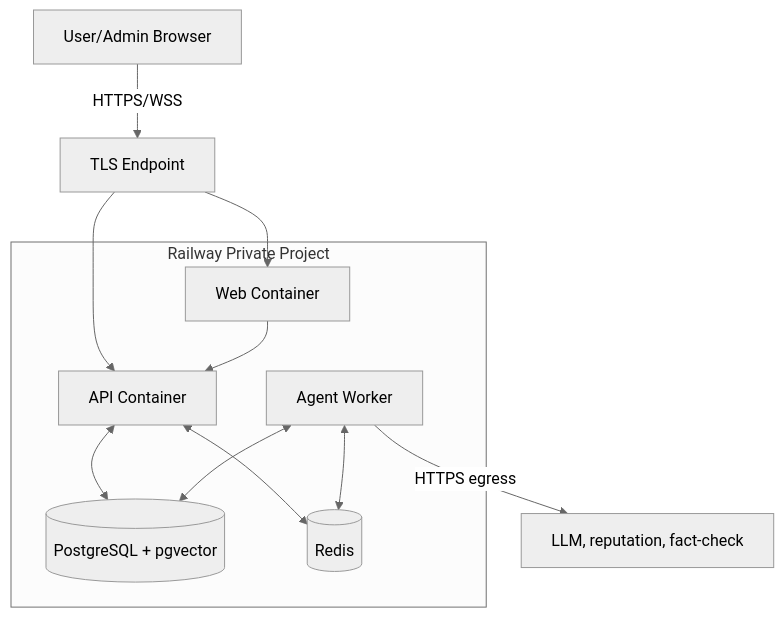
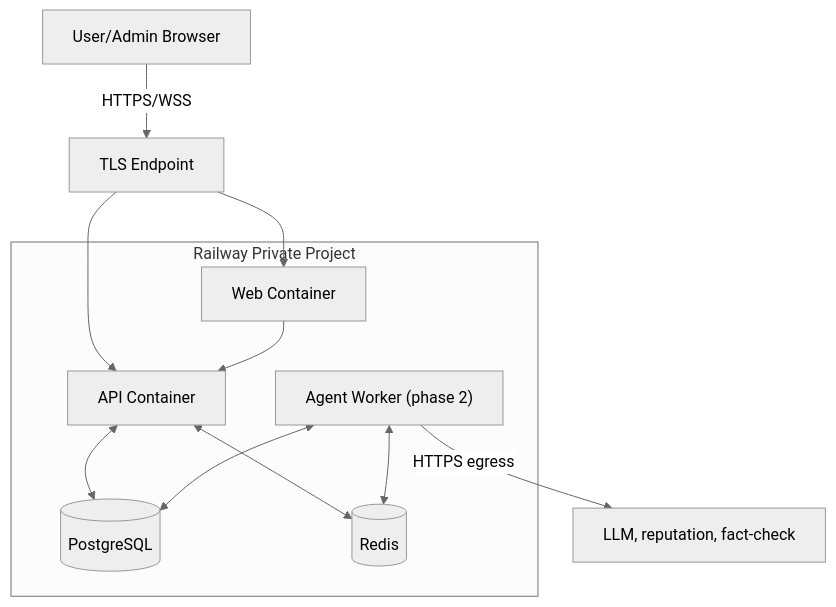
Before and after one commit to Binhdn04/TrustGuard-AI: the third of 3 diagrams in docs/01-ARCHITECTURE.md, drawn with Mermaid (neutral theme). The commit also changed other lines of this file and 3 other files, not shown here.

````diff
--- a/docs/01-ARCHITECTURE.md
+++ b/docs/01-ARCHITECTURE.md
@@ -87,19 +95,19 @@
 ```mermaid
 flowchart TB
     Browser["User/Admin Browser"] -->|"HTTPS/WSS"| Edge["TLS Endpoint"]
     subgraph Runtime["Railway Private Project"]
         Web["Web Container"]
         API["API Container"]
-        Worker["Agent Worker"]
-        DB[("PostgreSQL + pgvector")]
+        Worker["Agent Worker (phase 2)"]
+        DB[("PostgreSQL")]
         Redis[("Redis")]
     end
     Edge --> Web
     Edge --> API
     Web --> API
     API <--> DB
     API <--> Redis
     Worker <--> Redis
     Worker <--> DB
     Worker -->|"HTTPS egress"| Providers["LLM, reputation, fact-check"]
 ```
````
